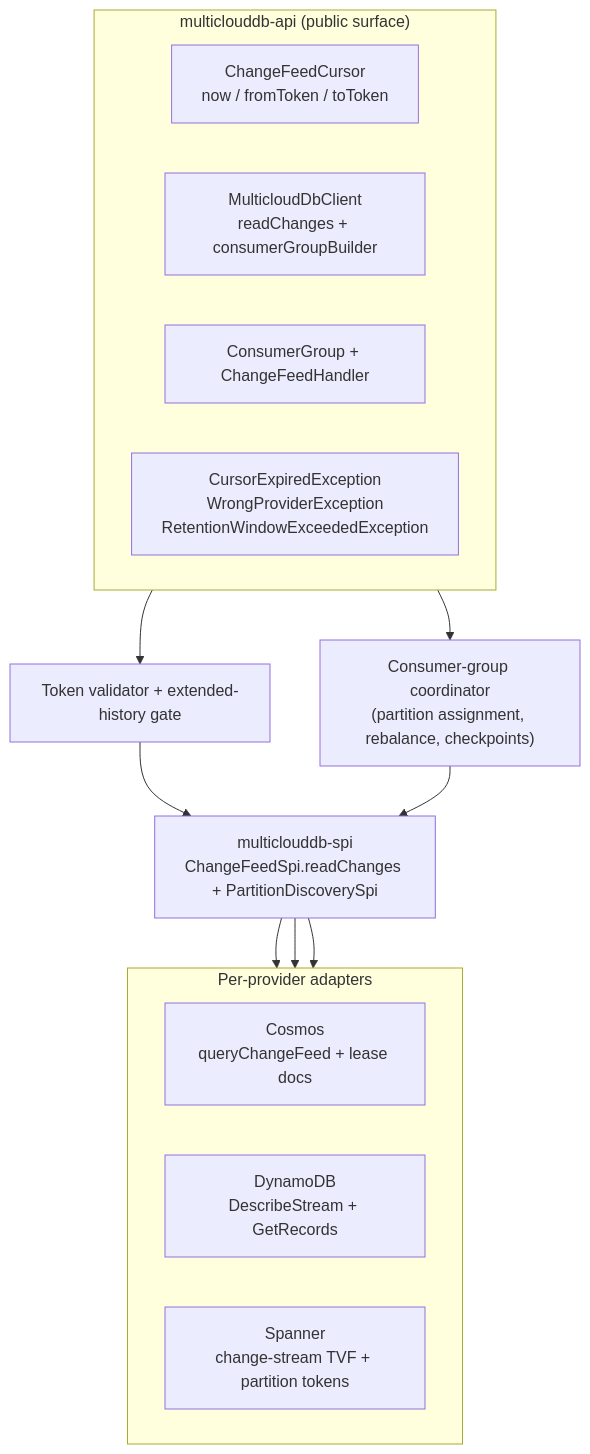
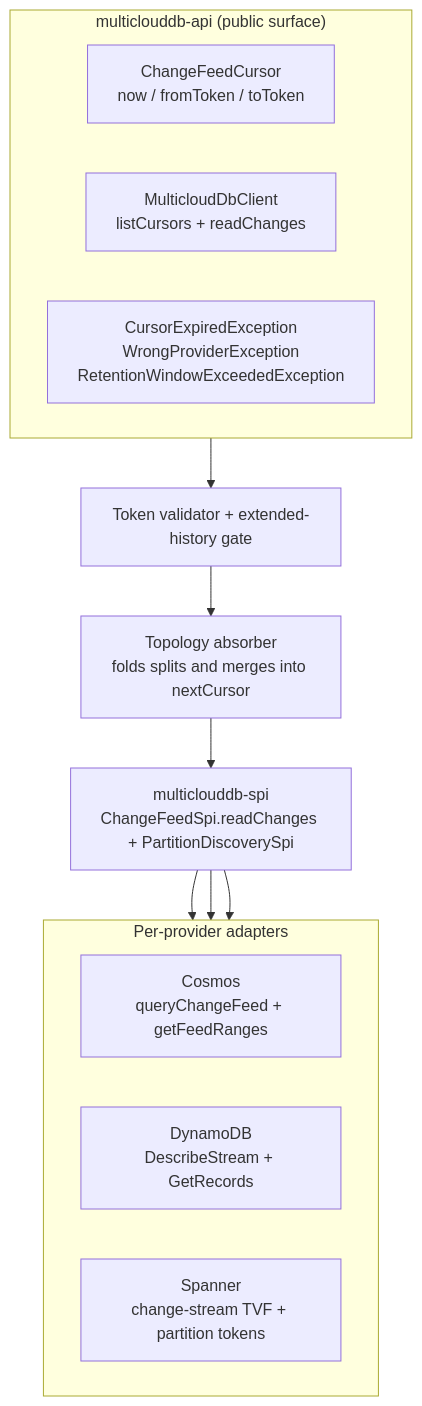
The first of 2 diagrams in docs/research/scalable-change-feed-api.md (allenkim0129/multiclouddb-sdk-for-java), drawn with Mermaid before and after one commit. The commit also changed other lines of this file, not shown here.

````diff
--- a/docs/research/scalable-change-feed-api.md
+++ b/docs/research/scalable-change-feed-api.md
@@ -210,26 +198,24 @@
 ```mermaid
 flowchart TB
     subgraph PUB["multiclouddb-api (public surface)"]
         direction LR
         Cur["ChangeFeedCursor<br/>now / fromToken / toToken"]
-        Cli["MulticloudDbClient<br/>readChanges + consumerGroupBuilder"]
-        Grp["ConsumerGroup + ChangeFeedHandler"]
+        Cli["MulticloudDbClient<br/>listCursors + readChanges"]
         Exn["CursorExpiredException<br/>WrongProviderException<br/>RetentionWindowExceededException"]
     end
     Val["Token validator + extended-history gate"]
-    Coord["Consumer-group coordinator<br/>(partition assignment, rebalance, checkpoints)"]
+    Topo["Topology absorber<br/>folds splits and merges into nextCursor"]
     SPI["multiclouddb-spi<br/>ChangeFeedSpi.readChanges + PartitionDiscoverySpi"]
     subgraph IMPL["Per-provider adapters"]
         direction LR
-        Cos["Cosmos<br/>queryChangeFeed + lease docs"]
+        Cos["Cosmos<br/>queryChangeFeed + getFeedRanges"]
         Dyn["DynamoDB<br/>DescribeStream + GetRecords"]
         Spa["Spanner<br/>change-stream TVF + partition tokens"]
     end
     Cli --> Val
-    Val --> SPI
-    Grp --> Coord
-    Coord --> SPI
+    Val --> Topo
+    Topo --> SPI
     SPI --> Cos
     SPI --> Dyn
     SPI --> Spa
 ```
````
